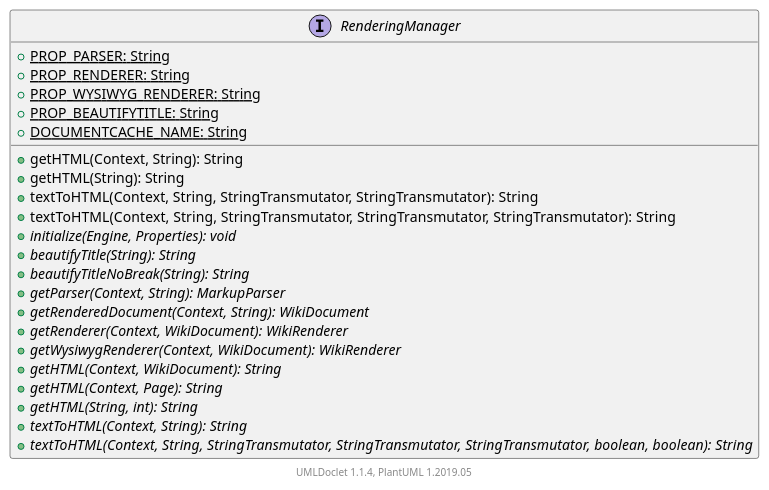
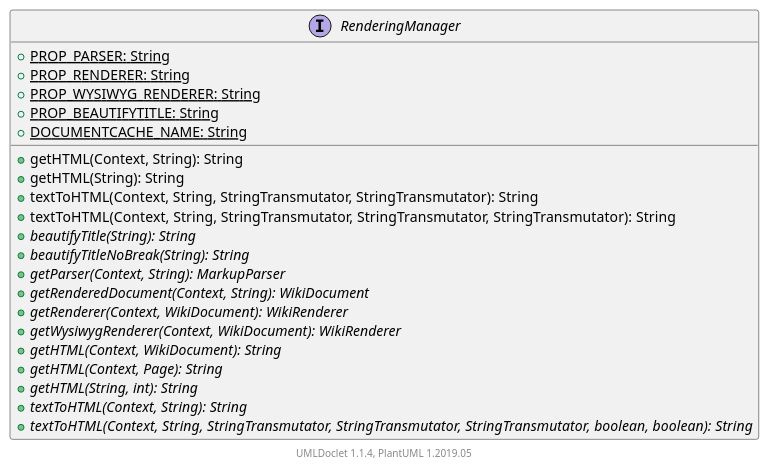
Before and after one commit to apache/jspwiki-site: the diagram in apidocs/2.11.0.M7-SNAPSHOT/org/apache/wiki/render/RenderingManager.puml, drawn with PlantUML. The commit also changed 1297 other files, not shown here.

```diff
--- a/apidocs/2.11.0.M7-SNAPSHOT/org/apache/wiki/render/RenderingManager.puml
+++ b/apidocs/2.11.0.M7-SNAPSHOT/org/apache/wiki/render/RenderingManager.puml
@@ -1,29 +1,28 @@
 @startuml
 
     interface RenderingManager [[RenderingManager.html]] {
         {static} +PROP_PARSER: String
         {static} +PROP_RENDERER: String
         {static} +PROP_WYSIWYG_RENDERER: String
         {static} +PROP_BEAUTIFYTITLE: String
         {static} +DOCUMENTCACHE_NAME: String
         +getHTML(Context, String): String
         +getHTML(String): String
         +textToHTML(Context, String, StringTransmutator, StringTransmutator): String
         +textToHTML(Context, String, StringTransmutator, StringTransmutator, StringTransmutator): String
-        {abstract} +initialize(Engine, Properties): void
         {abstract} +beautifyTitle(String): String
         {abstract} +beautifyTitleNoBreak(String): String
         {abstract} +getParser(Context, String): MarkupParser
         {abstract} +getRenderedDocument(Context, String): WikiDocument
         {abstract} +getRenderer(Context, WikiDocument): WikiRenderer
         {abstract} +getWysiwygRenderer(Context, WikiDocument): WikiRenderer
         {abstract} +getHTML(Context, WikiDocument): String
         {abstract} +getHTML(Context, Page): String
         {abstract} +getHTML(String, int): String
         {abstract} +textToHTML(Context, String): String
         {abstract} +textToHTML(Context, String, StringTransmutator, StringTransmutator, StringTransmutator, boolean, boolean): String
     }
 
 
     center footer UMLDoclet 1.1.4, PlantUML 1.2019.05
 @enduml
```
